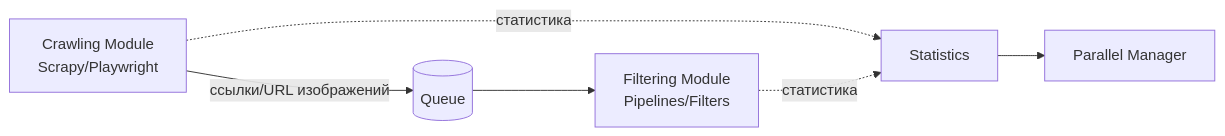
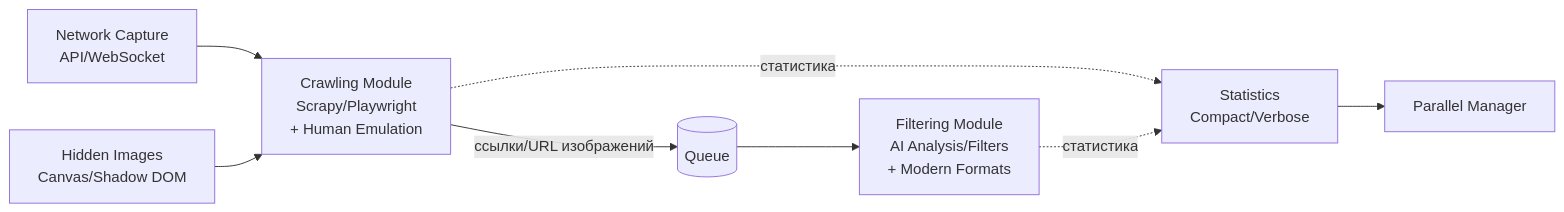
The diagram in README.md (T1desLuck/SnapCrawler), drawn with Mermaid before and after one commit. The commit also changed other lines of this file and 26 other files, not shown here.

````diff
--- a/README.md
+++ b/README.md
@@ -110,8 +113,10 @@
 ```mermaid
 flowchart LR
-    A["Crawling Module<br/>Scrapy/Playwright"] -->|ссылки/URL изображений| Q[(Queue)]
-    Q --> B["Filtering Module<br/>Pipelines/Filters"]
-    A -. статиcтика .-> S["Statistics"]
+    A["Crawling Module<br/>Scrapy/Playwright<br/>+ Human Emulation"] -->|ссылки/URL изображений| Q[(Queue)]
+    Q --> B["Filtering Module<br/>AI Analysis/Filters<br/>+ Modern Formats"]
+    A -. статиcтика .-> S["Statistics<br/>Compact/Verbose"]
     B -. статиcтика .-> S
     S --> M["Parallel Manager"]
+    N["Network Capture<br/>API/WebSocket"] --> A
+    H["Hidden Images<br/>Canvas/Shadow DOM"] --> A
 ```
````
